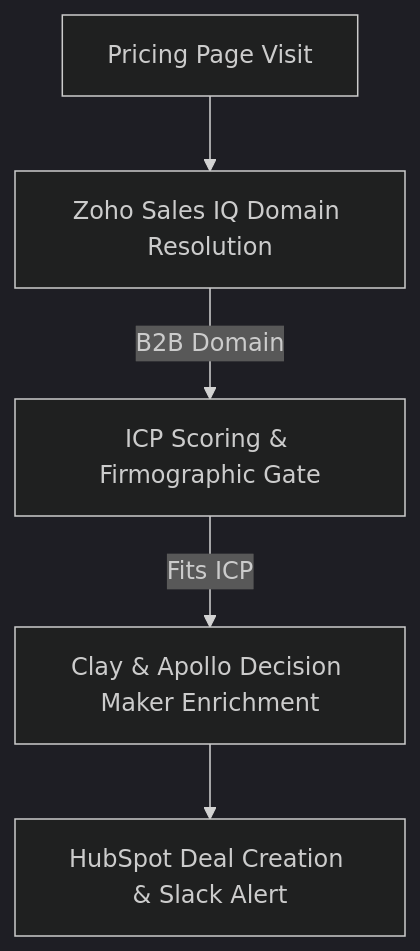
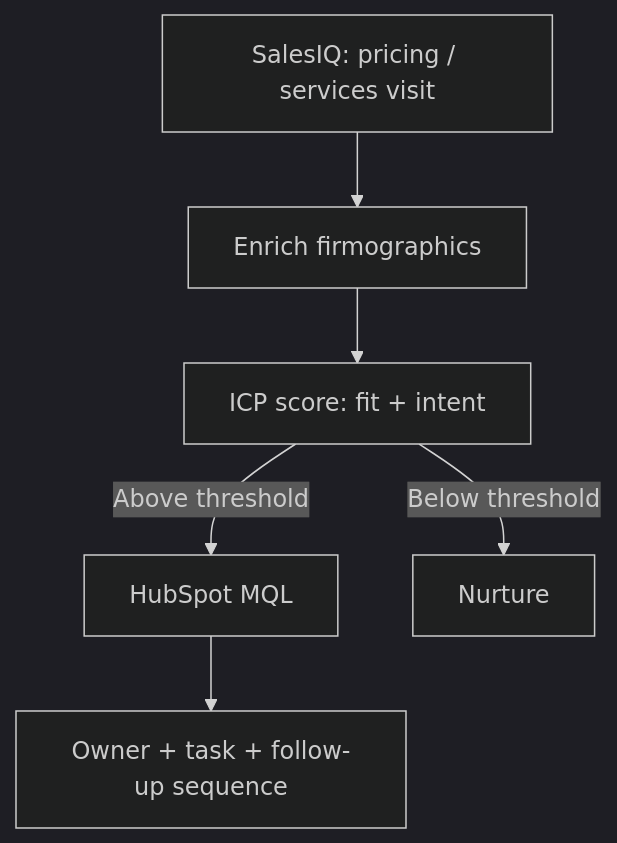
One commit to digital-experts-team/AI-Growth-Portfolio changed the diagram in src/content/workflows/website-visitors-to-hubspot.md. Above: the diagram before and after it, drawn with Mermaid (dark theme). The commit also changed other lines of this file and 15 other files, not shown here.

````diff
--- a/src/content/workflows/website-visitors-to-hubspot.md
+++ b/src/content/workflows/website-visitors-to-hubspot.md
@@ -36,7 +44,8 @@
 ```mermaid
 graph TD
-    A[Pricing Page Visit] --> B[Zoho Sales IQ Domain Resolution]
-    B -->|B2B Domain| C[ICP Scoring & Firmographic Gate]
-    C -->|Fits ICP| D[Clay & Apollo Decision Maker Enrichment]
-    D --> E[HubSpot Deal Creation & Slack Alert]
+    A[SalesIQ: pricing / services visit] --> B[Enrich firmographics]
+    B --> C[ICP score: fit + intent]
+    C -->|Above threshold| D[HubSpot MQL]
+    C -->|Below threshold| E[Nurture]
+    D --> F[Owner + task + follow-up sequence]
 ```
````
